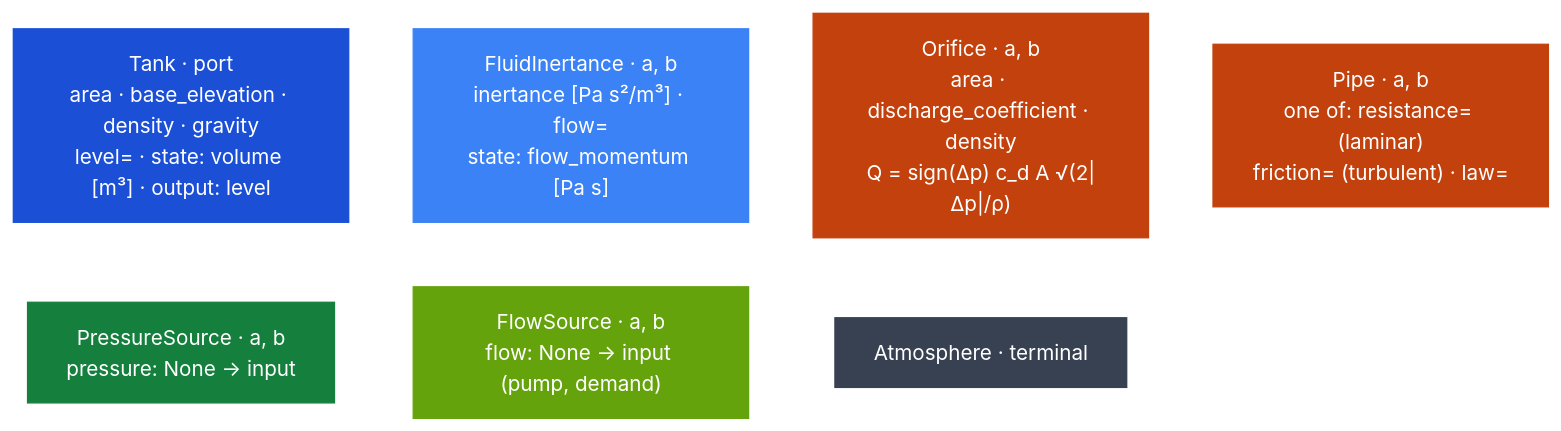
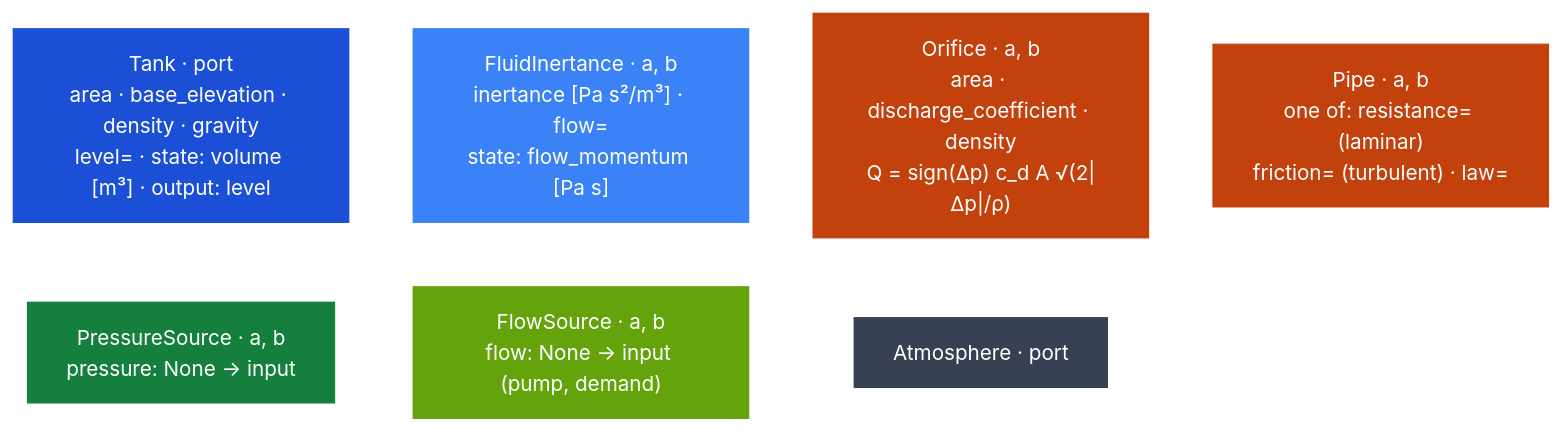
One commit to otwin-core/otwin changed the sixth of 10 diagrams in COMPONENTS.md. Above: the diagram before and after it, drawn with Mermaid (forest theme). The commit also changed other lines of this file and 27 other files, not shown here.

````diff
--- a/COMPONENTS.md
+++ b/COMPONENTS.md
@@ -261,18 +261,18 @@
 ```mermaid
 flowchart LR
     classDef as fill:#1a4fd6,color:#fff,stroke:#1a4fd6
     classDef ts fill:#3b82f6,color:#fff,stroke:#3b82f6
     classDef rs fill:#c2410c,color:#fff,stroke:#c2410c
     classDef ax fill:#15803d,color:#fff,stroke:#15803d
     classDef tx fill:#65a30d,color:#fff,stroke:#65a30d
     classDef rf fill:#374151,color:#fff,stroke:#374151
     H1["Tank · port<br/>area · base_elevation · density · gravity<br/>level= · state: volume [m³] · output: level"]:::as
     H2["FluidInertance · a, b<br/>inertance [Pa s²/m³] · flow=<br/>state: flow_momentum [Pa s]"]:::ts
     H3["Orifice · a, b<br/>area · discharge_coefficient · density<br/>Q = sign(Δp) c_d A √(2|Δp|/ρ)"]:::rs
     H4["Pipe · a, b<br/>one of: resistance= (laminar)<br/>friction= (turbulent) · law="]:::rs
     H5["PressureSource · a, b<br/>pressure: None → input"]:::ax
     H6["FlowSource · a, b<br/>flow: None → input (pump, demand)"]:::tx
-    H7["Atmosphere · terminal"]:::rf
+    H7["Atmosphere · port"]:::rf
     H1 ~~~ H2 ~~~ H3 ~~~ H4
     H5 ~~~ H6 ~~~ H7
 ```
````
